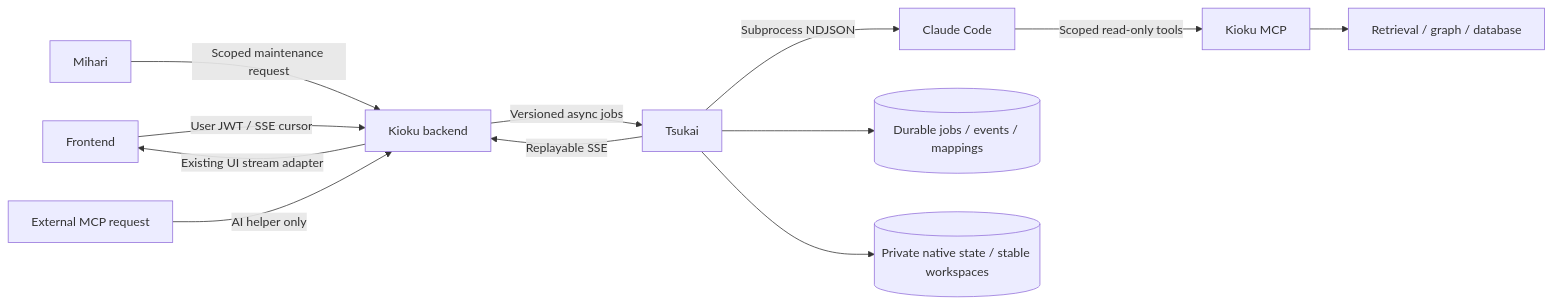
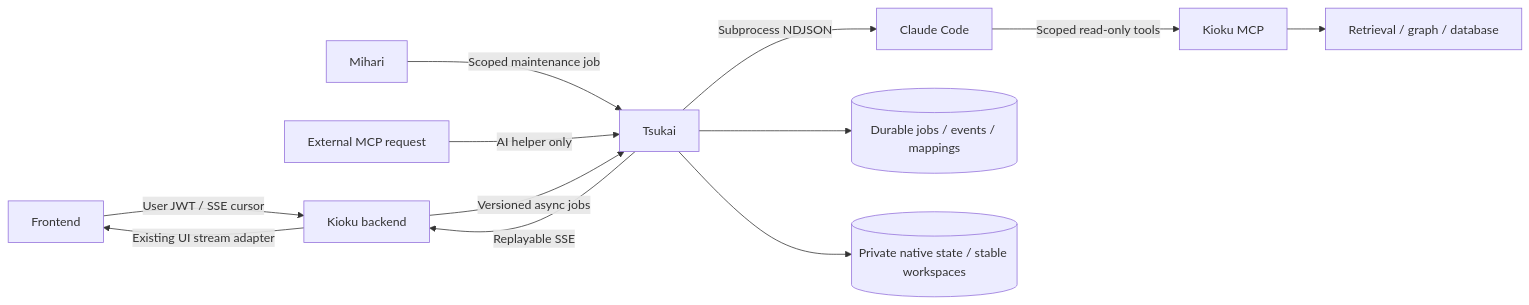
Before and after one commit to felipemeriga/kioku: the diagram in docs/superpowers/specs/2026-11-04-tsukai-runner-design.md, drawn with Mermaid. The commit also changed other lines of this file, not shown here.

````diff
--- a/docs/superpowers/specs/2026-11-04-tsukai-runner-design.md
+++ b/docs/superpowers/specs/2026-11-04-tsukai-runner-design.md
@@ -65,14 +65,14 @@
 ```mermaid
 flowchart LR
   UI[Frontend] -->|User JWT / SSE cursor| API[Kioku backend]
-  MI[Mihari] -->|Scoped maintenance request| API
-  MC[External MCP request] -->|AI helper only| API
+  MI[Mihari] -->|Scoped maintenance job| TS
+  MC[External MCP request] -->|AI helper only| TS
   API -->|Versioned async jobs| TS[Tsukai]
   TS -->|Subprocess NDJSON| CC[Claude Code]
   CC -->|Scoped read-only tools| MCP[Kioku MCP]
   MCP --> KB[Retrieval / graph / database]
   TS --> DB[(Durable jobs / events / mappings)]
   TS --> NV[(Private native state / stable workspaces)]
   TS -->|Replayable SSE| API
   API -->|Existing UI stream adapter| UI
 ```
````
